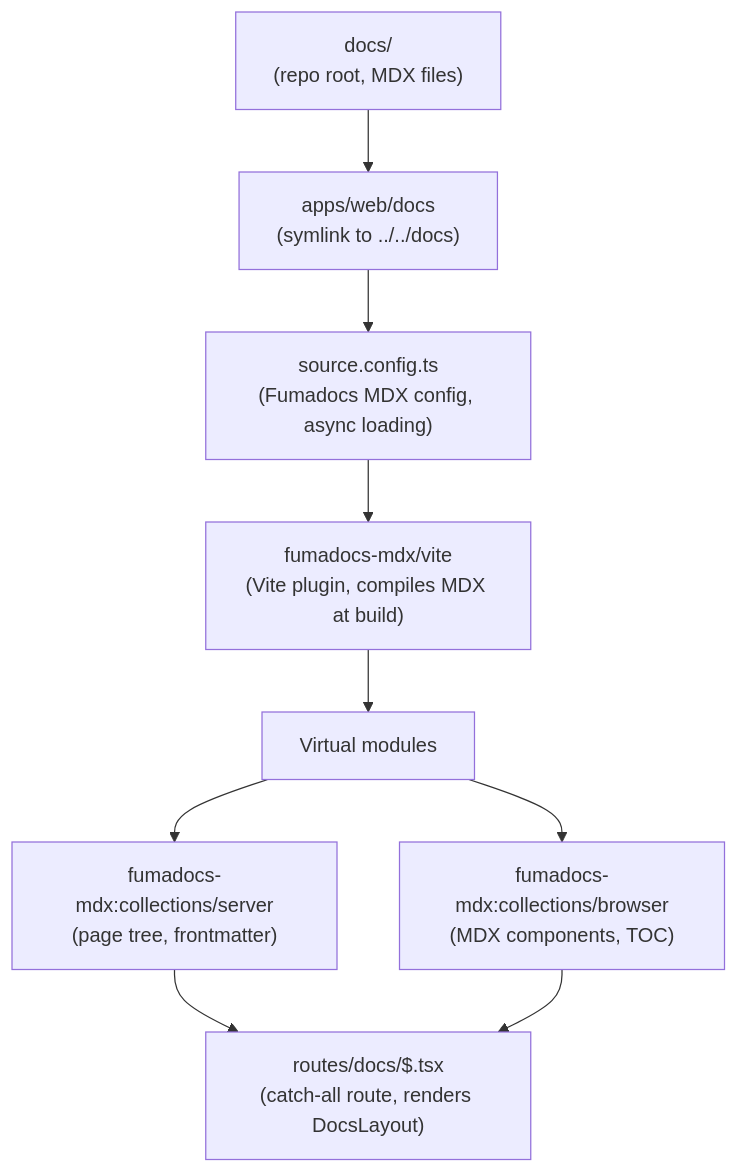
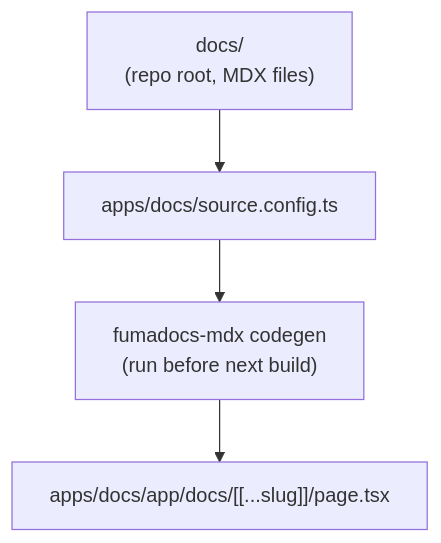
Before and after one commit to MickaelV0/roxabi_boilerplate: the second of 6 diagrams in docs/architecture/frontend.mdx, drawn with Mermaid. The commit also changed other lines of this file and 13 other files, not shown here.

````diff
--- a/docs/architecture/frontend.mdx
+++ b/docs/architecture/frontend.mdx
@@ -299,11 +279,6 @@
 ```mermaid
 flowchart TD
-    A["docs/<br/>(repo root, MDX files)"] --> B["apps/web/docs<br/>(symlink to ../../docs)"]
-    B --> C["source.config.ts<br/>(Fumadocs MDX config, async loading)"]
-    C --> D["fumadocs-mdx/vite<br/>(Vite plugin, compiles MDX at build)"]
-    D --> E["Virtual modules"]
-    E --> E1["fumadocs-mdx:collections/server<br/>(page tree, frontmatter)"]
-    E --> E2["fumadocs-mdx:collections/browser<br/>(MDX components, TOC)"]
-    E1 --> F["routes/docs/$.tsx<br/>(catch-all route, renders DocsLayout)"]
-    E2 --> F
+    A["docs/<br/>(repo root, MDX files)"] --> B["apps/docs/source.config.ts"]
+    B --> C["fumadocs-mdx codegen<br/>(run before next build)"]
+    C --> D["apps/docs/app/docs/[[...slug]]/page.tsx"]
 ```
````
